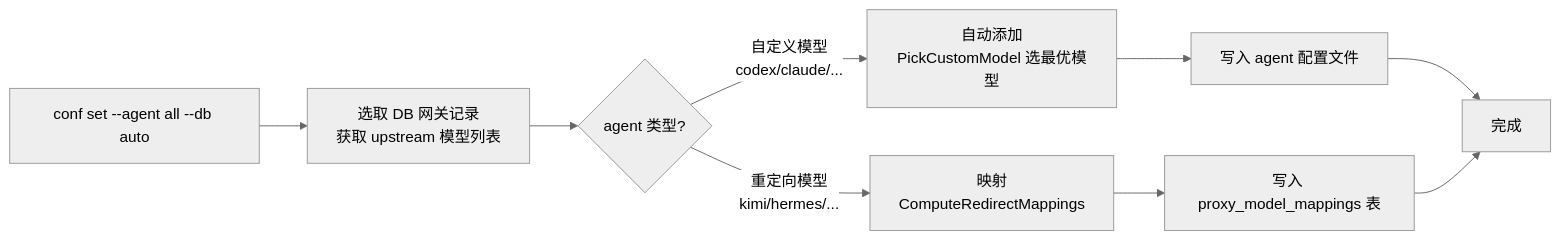
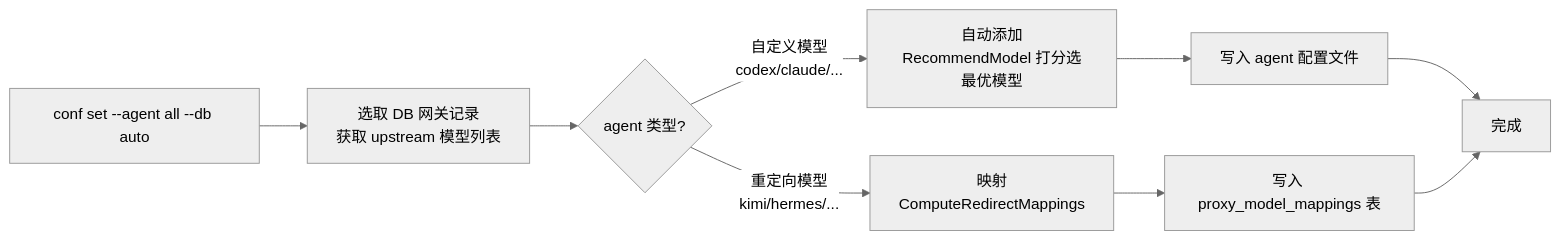
The first of 3 diagrams in MANUAL.md (yejinlei/agent-nexus), drawn with Mermaid (neutral theme) before and after one commit. The commit also changed other lines of this file, not shown here.

````diff
--- a/MANUAL.md
+++ b/MANUAL.md
@@ -527,11 +532,11 @@
 ```mermaid
 flowchart LR
     A["conf set --agent all --db auto"] --> B["选取 DB 网关记录<br/>获取 upstream 模型列表"]
     B --> C{"agent 类型?"}
-    C -->|"自定义模型<br/>codex/claude/..."| D["自动添加<br/>PickCustomModel 选最优模型"]
+    C -->|"自定义模型<br/>codex/claude/..."| D["自动添加<br/>RecommendModel 打分选最优模型"]
     C -->|"重定向模型<br/>kimi/hermes/..."| E["映射<br/>ComputeRedirectMappings"]
     D --> F["写入 agent 配置文件"]
     E --> G["写入 proxy_model_mappings 表"]
     F --> H["完成"]
     G --> H
 ```
````
